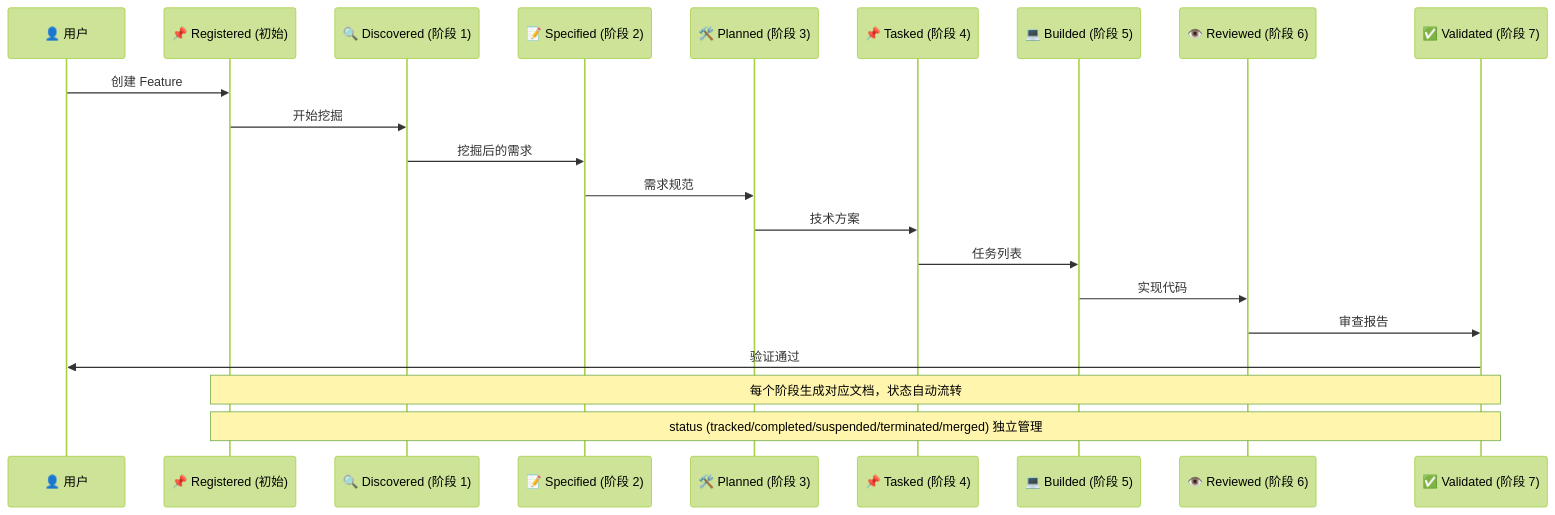
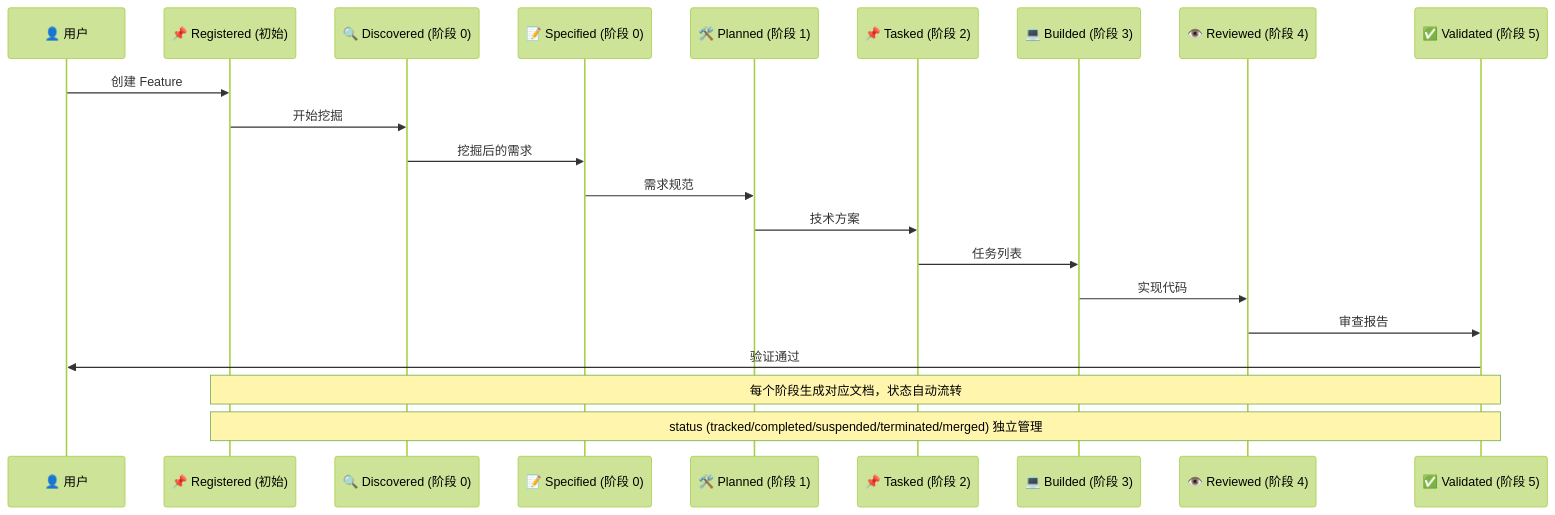
The third of 5 diagrams in README.md (THZSummer/sddu), drawn with Mermaid (forest theme) before and after one commit. The commit also changed other lines of this file, not shown here.

````diff
--- a/README.md
+++ b/README.md
@@ -306,25 +307,25 @@
 ```mermaid
 sequenceDiagram
     participant User as 👤 用户
     participant R as 📌 Registered (初始)
-    participant D as 🔍 Discovered (阶段 1)
-    participant S as 📝 Specified (阶段 2)
-    participant P as 🛠️ Planned (阶段 3)
-    participant T as 📌 Tasked (阶段 4)
-    participant B as 💻 Builded (阶段 5)
-    participant RV as 👁️ Reviewed (阶段 6)
-    participant V as ✅ Validated (阶段 7)
+    participant D as 🔍 Discovered (阶段 0)
+    participant S as 📝 Specified (阶段 0)
+    participant P as 🛠️ Planned (阶段 1)
+    participant T as 📌 Tasked (阶段 2)
+    participant B as 💻 Builded (阶段 3)
+    participant RV as 👁️ Reviewed (阶段 4)
+    participant V as ✅ Validated (阶段 5)
 
     User->>R: 创建 Feature
     R->>D: 开始挖掘
     D->>S: 挖掘后的需求
     S->>P: 需求规范
     P->>T: 技术方案
     T->>B: 任务列表
     B->>RV: 实现代码
     RV->>V: 审查报告
     V->>User: 验证通过
 
     Note over R,V: 每个阶段生成对应文档，状态自动流转
     Note over R,V: status (tracked/completed/suspended/terminated/merged) 独立管理
 ```
````
